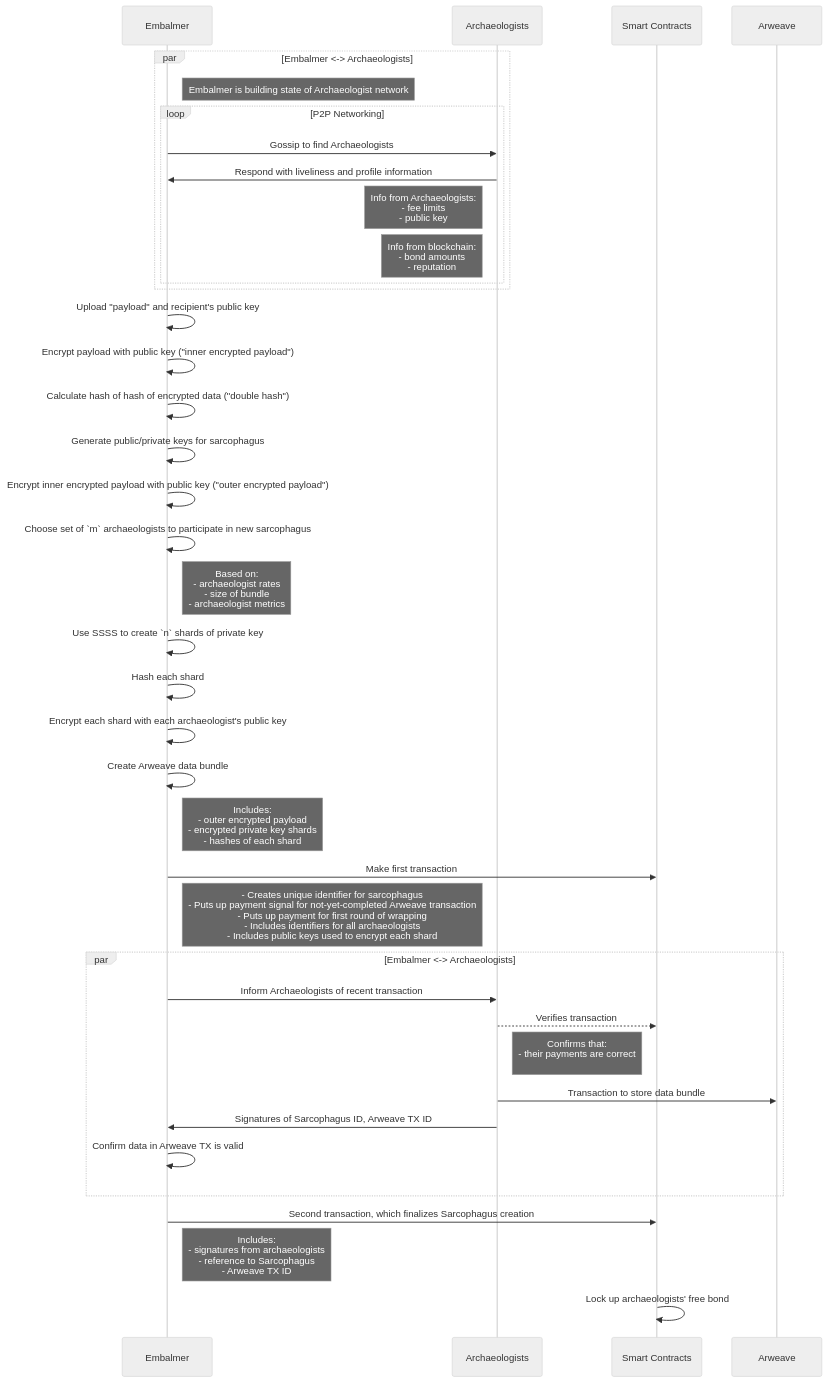
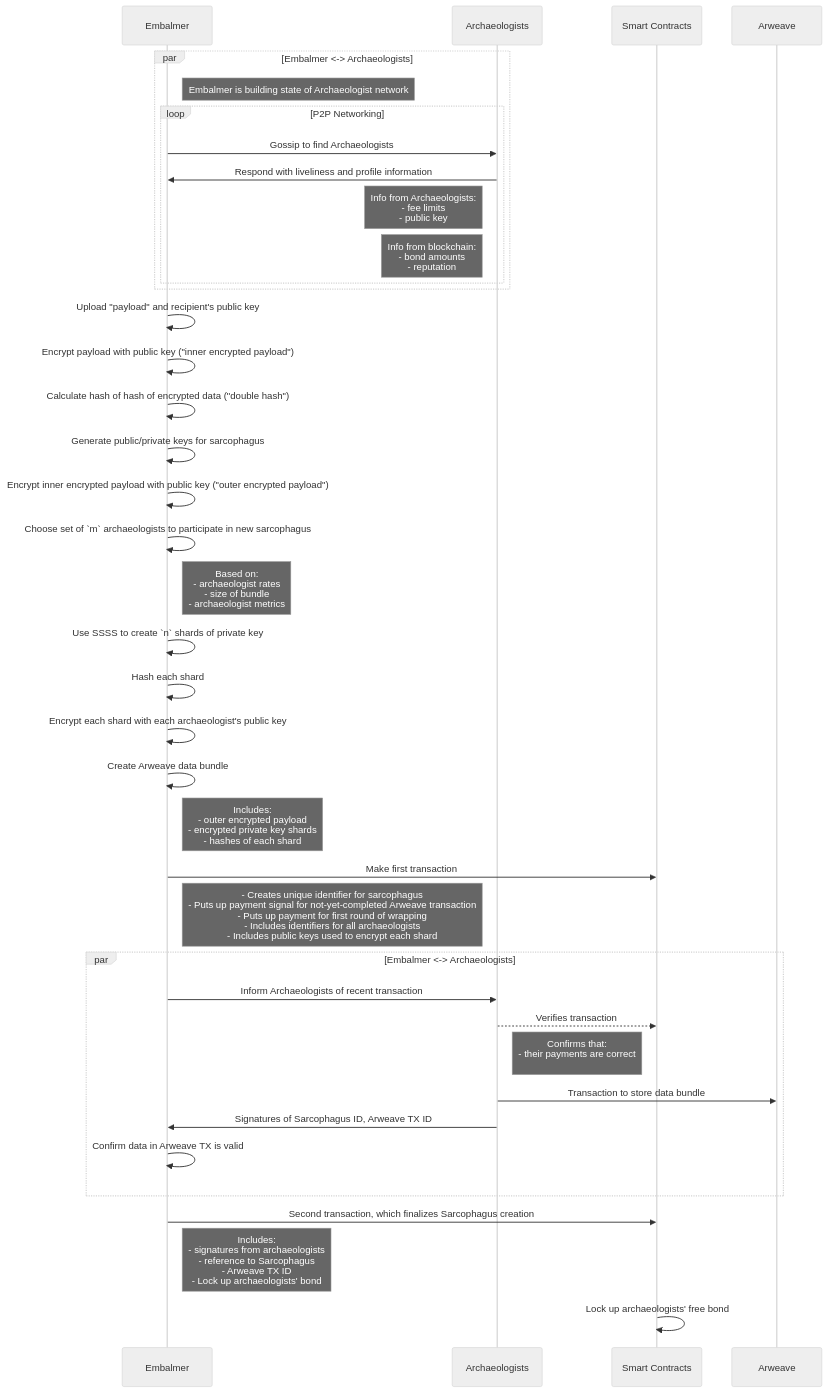
The diagram in create-sarcophagus.md (sarcophagus-org/sarcophagus-v2-specs), drawn with Mermaid (neutral theme) before and after one commit. The commit also changed 2 other files, not shown here.

Commit message:
update system reqs with more details

````diff
--- a/create-sarcophagus.md
+++ b/create-sarcophagus.md
@@ -1,69 +1,69 @@
 ```mermaid
 sequenceDiagram
   participant Embalmer
   participant Archaeologists
   participant Smart Contracts
   participant Arweave
 
   par Embalmer <-> Archaeologists
     Note right of Embalmer: Embalmer is building state of Archaeologist network
 
     loop P2P Networking
       Embalmer->>Archaeologists: Gossip to find Archaeologists
 
       Archaeologists->>Embalmer: Respond with liveliness and profile information
 
       Note left of Archaeologists: Info from Archaeologists:<br/>- fee limits<br/>- public key
 
       Note left of Archaeologists: Info from blockchain:<br/>- bond amounts<br/>- reputation
     end
   end
 
   Embalmer->>Embalmer: Upload "payload" and recipient's public key
 
   Embalmer->>Embalmer: Encrypt payload with public key ("inner encrypted payload")
 
   Embalmer->>Embalmer: Calculate hash of hash of encrypted data ("double hash")
 
   Embalmer->>Embalmer: Generate public/private keys for sarcophagus
 
   Embalmer->>Embalmer: Encrypt inner encrypted payload with public key ("outer encrypted payload")
 
   Embalmer->>Embalmer: Choose set of `m` archaeologists to participate in new sarcophagus
   
   Note right of Embalmer: Based on:<br/>- archaeologist rates<br/>- size of bundle<br />- archaeologist metrics
 
   Embalmer->>Embalmer: Use SSSS to create `n` shards of private key
 
   Embalmer->>Embalmer: Hash each shard
 
   Embalmer->>Embalmer: Encrypt each shard with each archaeologist's public key
 
   Embalmer->>Embalmer: Create Arweave data bundle
 
   Note right of Embalmer: Includes:<br/>- outer encrypted payload<br/>- encrypted private key shards<br/>- hashes of each shard
 
   Embalmer->>Smart Contracts: Make first transaction
 
   Note right of Embalmer:- Creates unique identifier for sarcophagus<br/>- Puts up payment signal for not-yet-completed Arweave transaction<br/>- Puts up payment for first round of wrapping<br/>- Includes identifiers for all archaeologists<br/>- Includes public keys used to encrypt each shard
 
   par Embalmer <-> Archaeologists
     Embalmer->>Archaeologists: Inform Archaeologists of recent transaction
 
     Archaeologists-->>Smart Contracts: Verifies transaction
 
     Note right of Archaeologists: Confirms that:<br/>- their payments are correct<br/>
     
     Archaeologists->>Arweave: Transaction to store data bundle
 
     Archaeologists->>Embalmer: Signatures of Sarcophagus ID, Arweave TX ID
     
     Embalmer->>Embalmer: Confirm data in Arweave TX is valid
   end
 
   Embalmer->>Smart Contracts: Second transaction, which finalizes Sarcophagus creation
 
-  Note right of Embalmer: Includes:<br/>- signatures from archaeologists<br/>- reference to Sarcophagus<br/>- Arweave TX ID
+  Note right of Embalmer: Includes:<br/>- signatures from archaeologists<br/>- reference to Sarcophagus<br/>- Arweave TX ID<br/>- Lock up archaeologists' bond
   
   Smart Contracts->>Smart Contracts: Lock up archaeologists' free bond
 ```
````
